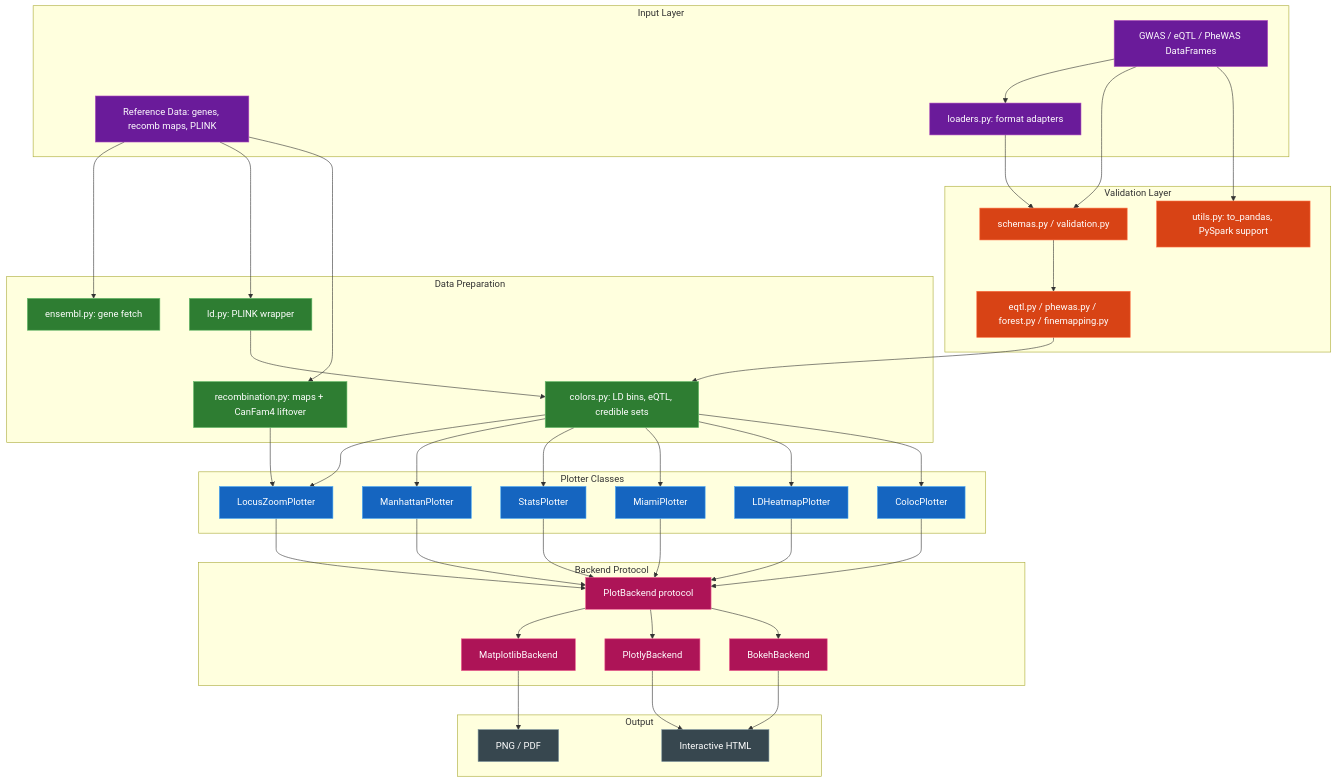
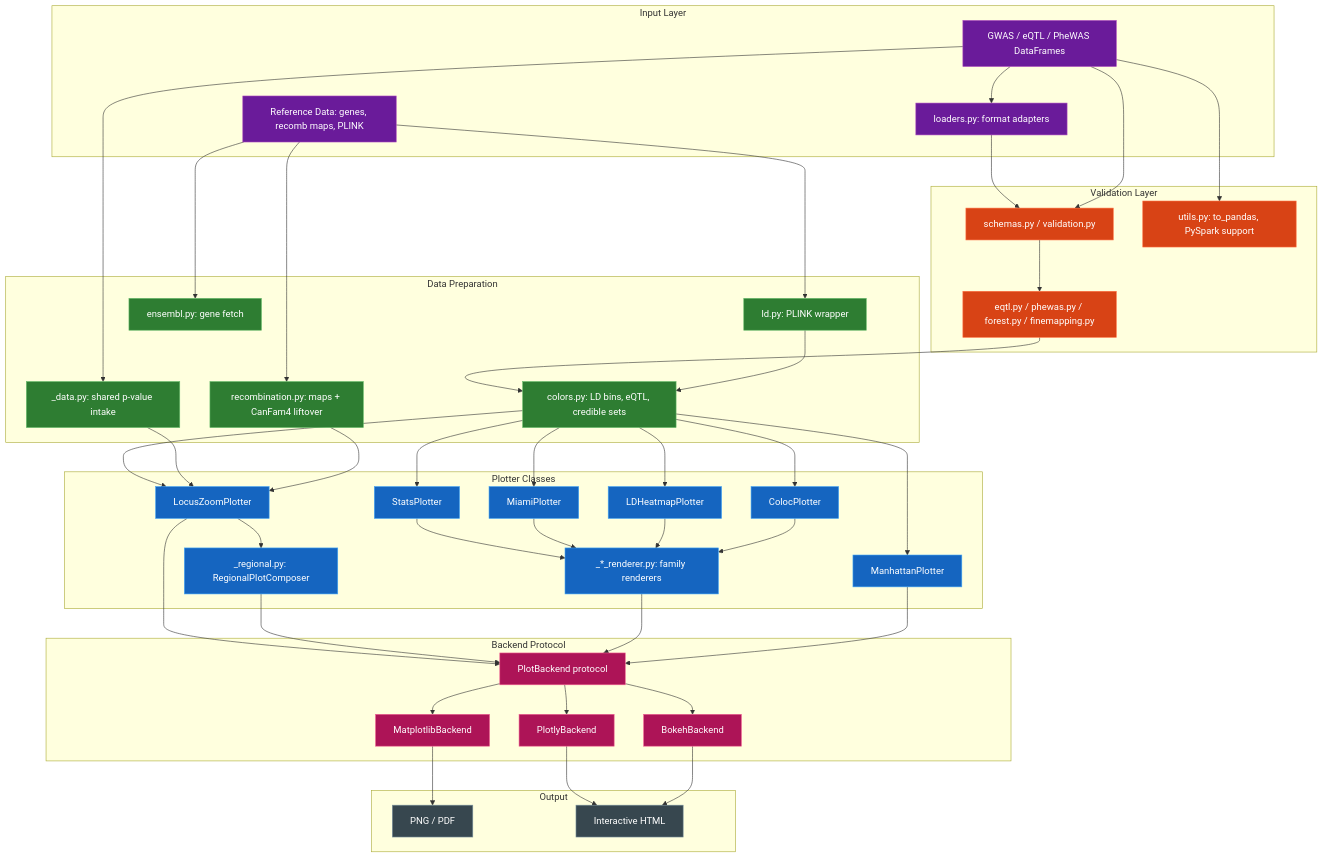
One commit to michael-denyer/pyLocusZoom changed the diagram in docs/ARCHITECTURE.md. Above: the diagram before and after it, drawn with Mermaid. The commit also changed other lines of this file and 27 other files, not shown here.

```diff
--- a/docs/ARCHITECTURE.md
+++ b/docs/ARCHITECTURE.md
@@ -31,6 +31,7 @@
     end
 
     subgraph Prepare["Data Preparation"]
+        DATA[_data.py: shared p-value intake]
         LD[ld.py: PLINK wrapper]
         RECOMB[recombination.py: maps + CanFam4 liftover]
         ENSEMBL[ensembl.py: gene fetch]
@@ -39,6 +40,8 @@
 
     subgraph Plotters["Plotter Classes"]
         LZ[LocusZoomPlotter]
+        REGIONAL[_regional.py: RegionalPlotComposer]
+        FAMILIES[_*_renderer.py: family renderers]
         MP[ManhattanPlotter]
         SP[StatsPlotter]
         MIAMI[MiamiPlotter]
@@ -62,6 +65,7 @@
     LOAD --> SCHEMA
     GWAS --> SCHEMA
     GWAS --> UTILS
+    GWAS --> DATA
     REF --> ENSEMBL
     REF --> LD
     REF --> RECOMB
@@ -69,6 +73,7 @@
     EQTLV --> COLORS
     LD --> COLORS
     COLORS --> LZ
+    DATA --> LZ
     COLORS --> MP
     COLORS --> SP
     COLORS --> MIAMI
@@ -76,11 +81,14 @@
     COLORS --> CP
     RECOMB --> LZ
     LZ --> PROTO
+    LZ --> REGIONAL
+    REGIONAL --> PROTO
+    SP --> FAMILIES
+    MIAMI --> FAMILIES
+    LDH --> FAMILIES
+    CP --> FAMILIES
+    FAMILIES --> PROTO
     MP --> PROTO
-    SP --> PROTO
-    MIAMI --> PROTO
-    LDH --> PROTO
-    CP --> PROTO
     PROTO --> MPL
     PROTO --> PLOTLY
     PROTO --> BOKEH
@@ -97,12 +105,15 @@
     style EQTLV fill:#d84315,stroke:#ff7043,color:#ffffff
     style UTILS fill:#d84315,stroke:#ff7043,color:#ffffff
 
+    style DATA fill:#2e7d32,stroke:#66bb6a,color:#ffffff
     style LD fill:#2e7d32,stroke:#66bb6a,color:#ffffff
     style RECOMB fill:#2e7d32,stroke:#66bb6a,color:#ffffff
     style ENSEMBL fill:#2e7d32,stroke:#66bb6a,color:#ffffff
     style COLORS fill:#2e7d32,stroke:#66bb6a,color:#ffffff
 
     style LZ fill:#1565c0,stroke:#42a5f5,color:#ffffff
+    style REGIONAL fill:#1565c0,stroke:#42a5f5,color:#ffffff
+    style FAMILIES fill:#1565c0,stroke:#42a5f5,color:#ffffff
     style MP fill:#1565c0,stroke:#42a5f5,color:#ffffff
     style SP fill:#1565c0,stroke:#42a5f5,color:#ffffff
     style MIAMI fill:#1565c0,stroke:#42a5f5,color:#ffffff
```
